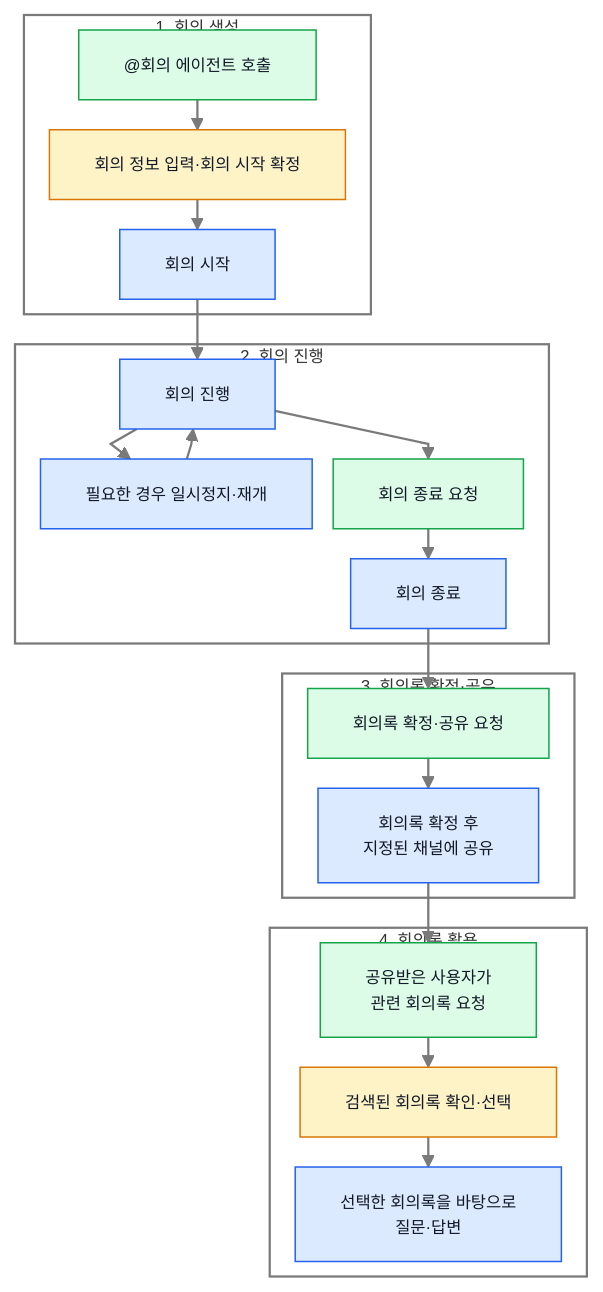
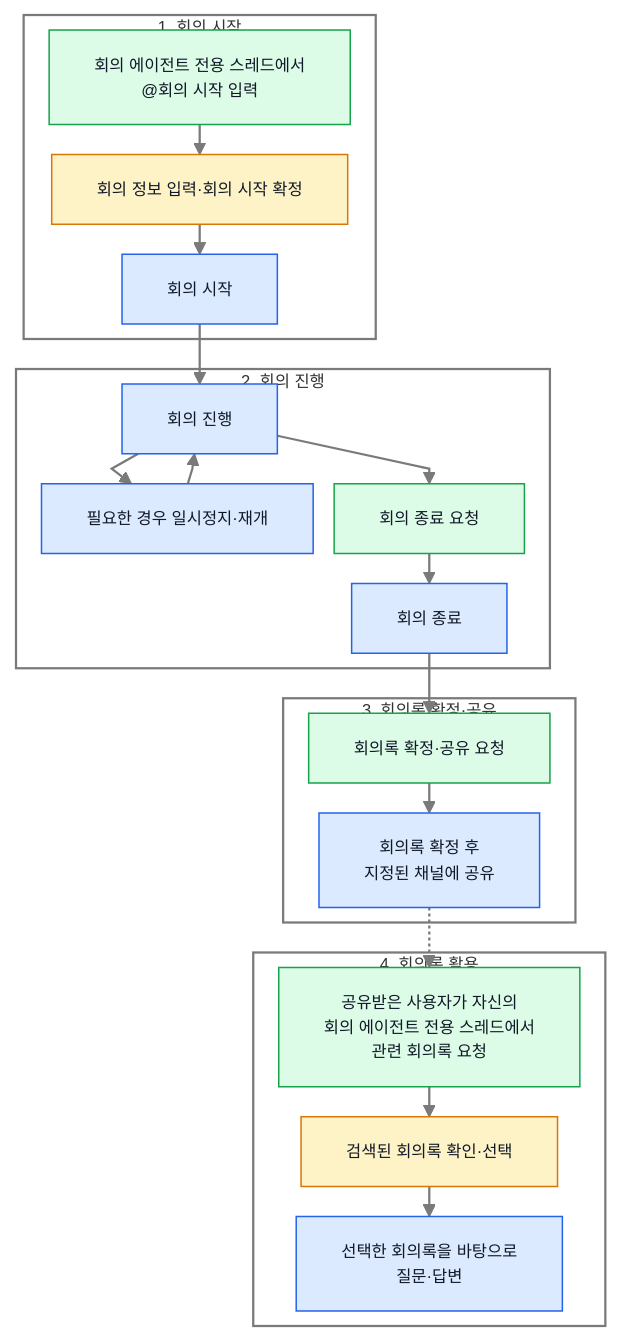
One commit to ericyum/Obsidian changed the first of 7 diagrams in ZENAI/에이전트 설계/회의록 에이전트 설계/1. 회의록 에이전트 워크플로우.md. Above: the diagram before and after it, drawn with Mermaid. The commit also changed other lines of this file and 2 other files, not shown here.

Commit message:
에이전트 설계 5차

````diff
--- a/ZENAI/에이전트 설계/회의록 에이전트 설계/1. 회의록 에이전트 워크플로우.md
+++ b/ZENAI/에이전트 설계/회의록 에이전트 설계/1. 회의록 에이전트 워크플로우.md
@@ -9,53 +9,53 @@
 ```mermaid
 %%{init: {"flowchart": {"useMaxWidth": true, "nodeSpacing": 14, "rankSpacing": 20, "curve": "linear"}, "themeVariables": {"fontSize": "11px"}}}%%
 flowchart TB
-    subgraph P1["1. 회의 생성"]
-        A["@회의 에이전트 호출"]
+    subgraph P1["1. 회의 시작"]
+        A["회의 에이전트 전용 스레드에서<br/>@회의 시작 입력"]
         B["회의 정보 입력·회의 시작 확정"]
         C["회의 시작"]
     end
 
     subgraph P2["2. 회의 진행"]
         D["회의 진행"]
         PA["필요한 경우 일시정지·재개"]
         E["회의 종료 요청"]
         F["회의 종료"]
     end
 
     subgraph P3["3. 회의록 확정·공유"]
         G["회의록 확정·공유 요청"]
         H["회의록 확정 후<br/>지정된 채널에 공유"]
     end
 
     subgraph P4["4. 회의록 활용"]
-        I["공유받은 사용자가<br/>관련 회의록 요청"]
+        I["공유받은 사용자가 자신의<br/>회의 에이전트 전용 스레드에서<br/>관련 회의록 요청"]
         J["검색된 회의록 확인·선택"]
         K["선택한 회의록을 바탕으로<br/>질문·답변"]
     end
 
     A --> B
     B --> C
     C --> D
     D --> PA
     PA --> D
     D --> E
     E --> F
     F --> G
     G --> H
-    H --> I
+    H -.-> I
     I --> J
     J --> K
 
     classDef user fill:#dcfce7,stroke:#16a34a,color:#111827;
     classDef hitl fill:#fef3c7,stroke:#d97706,color:#111827;
     classDef service fill:#dbeafe,stroke:#2563eb,color:#111827;
     class A,E,G,I user;
     class B,J hitl;
     class C,D,PA,F,H,K service;
 
     style P1 fill:transparent,stroke:#7a7a7a,stroke-width:1.5px;
     style P2 fill:transparent,stroke:#7a7a7a,stroke-width:1.5px;
     style P3 fill:transparent,stroke:#7a7a7a,stroke-width:1.5px;
     style P4 fill:transparent,stroke:#7a7a7a,stroke-width:1.5px;
     linkStyle default stroke:#7a7a7a,stroke-width:1.5px;
 ```
````
